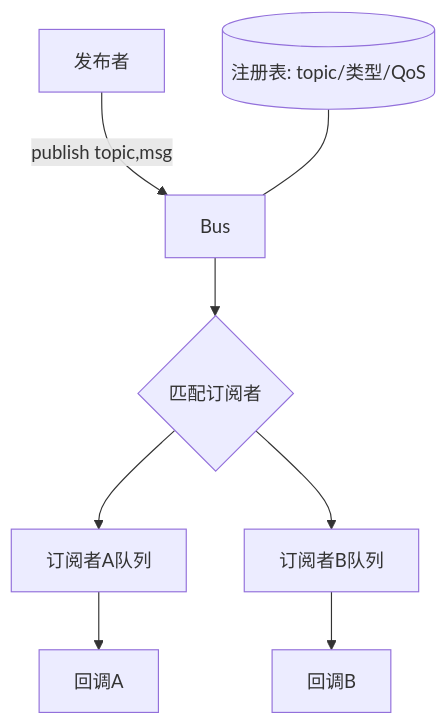
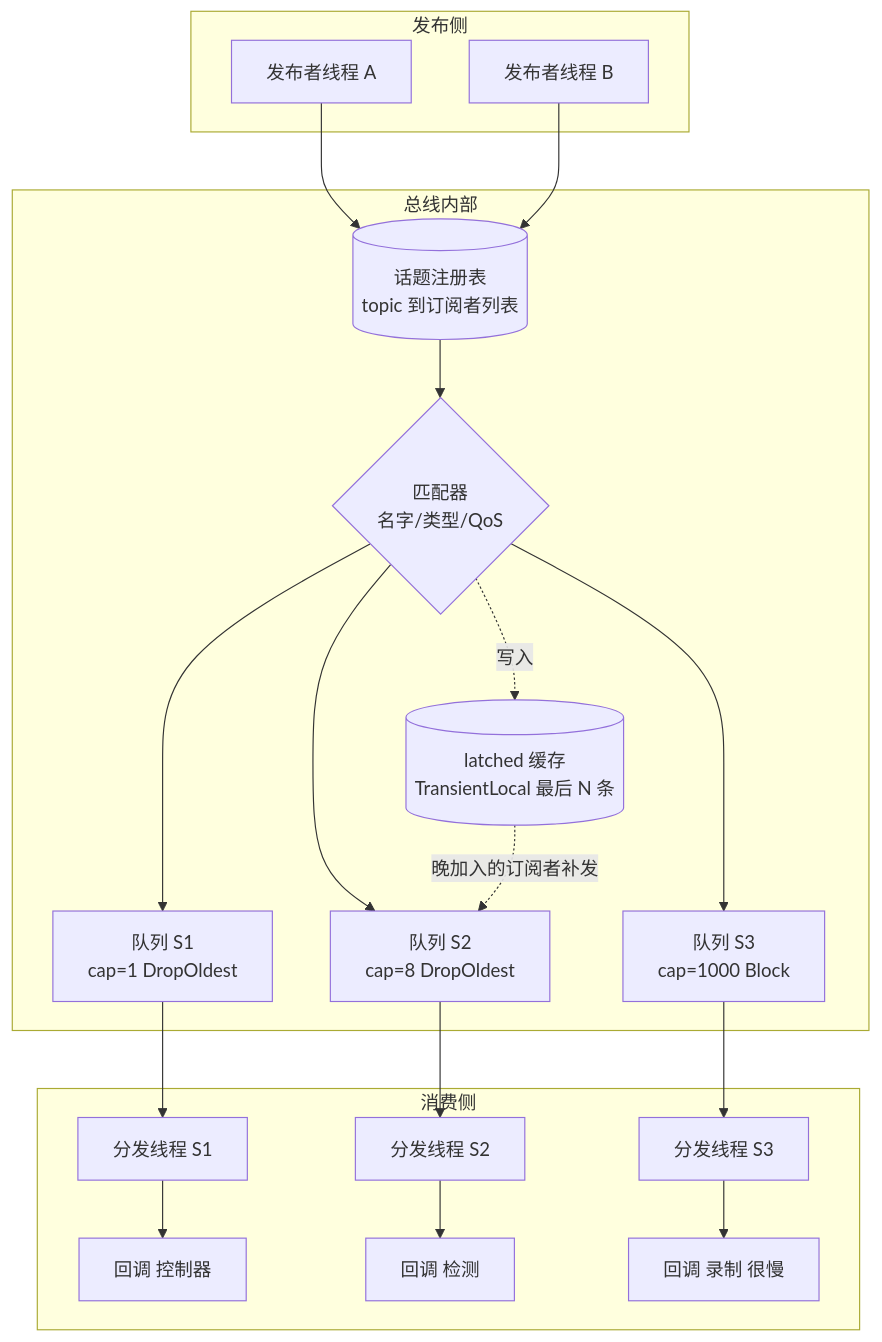
The third of 8 diagrams in docs/chapter4.md (cavemancave/mw-study), drawn with Mermaid before and after one commit. The commit also changed other lines of this file and 6 other files, not shown here.

````diff
--- a/docs/chapter4.md
+++ b/docs/chapter4.md
@@ -16,10 +161,28 @@
 ```mermaid
 flowchart TB
-    PUB[发布者] -->|publish topic,msg| BUS[Bus]
-    BUS --> MATCH{匹配订阅者}
-    MATCH --> Q1[订阅者A队列]
-    MATCH --> Q2[订阅者B队列]
-    Q1 --> CB1[回调A]
-    Q2 --> CB2[回调B]
-    REG[(注册表: topic/类型/QoS)] --- BUS
+    subgraph 发布侧
+        PUB1[发布者线程 A] & PUB2[发布者线程 B]
+    end
+    subgraph 总线内部
+        REG[("话题注册表<br/>topic 到订阅者列表")]
+        MATCH{匹配器<br/>名字/类型/QoS}
+        LATCH[("latched 缓存<br/>TransientLocal 最后 N 条")]
+        Q1["队列 S1<br/>cap=1 DropOldest"]
+        Q2["队列 S2<br/>cap=8 DropOldest"]
+        Q3["队列 S3<br/>cap=1000 Block"]
+    end
+    subgraph 消费侧
+        T1[分发线程 S1] --> CB1[回调 控制器]
+        T2[分发线程 S2] --> CB2[回调 检测]
+        T3[分发线程 S3] --> CB3[回调 录制 很慢]
+    end
+    PUB1 --> REG
+    PUB2 --> REG
+    REG --> MATCH
+    MATCH --> Q1 & Q2 & Q3
+    MATCH -.写入.-> LATCH
+    LATCH -.晚加入的订阅者补发.-> Q2
+    Q1 --> T1
+    Q2 --> T2
+    Q3 --> T3
 ```
````
